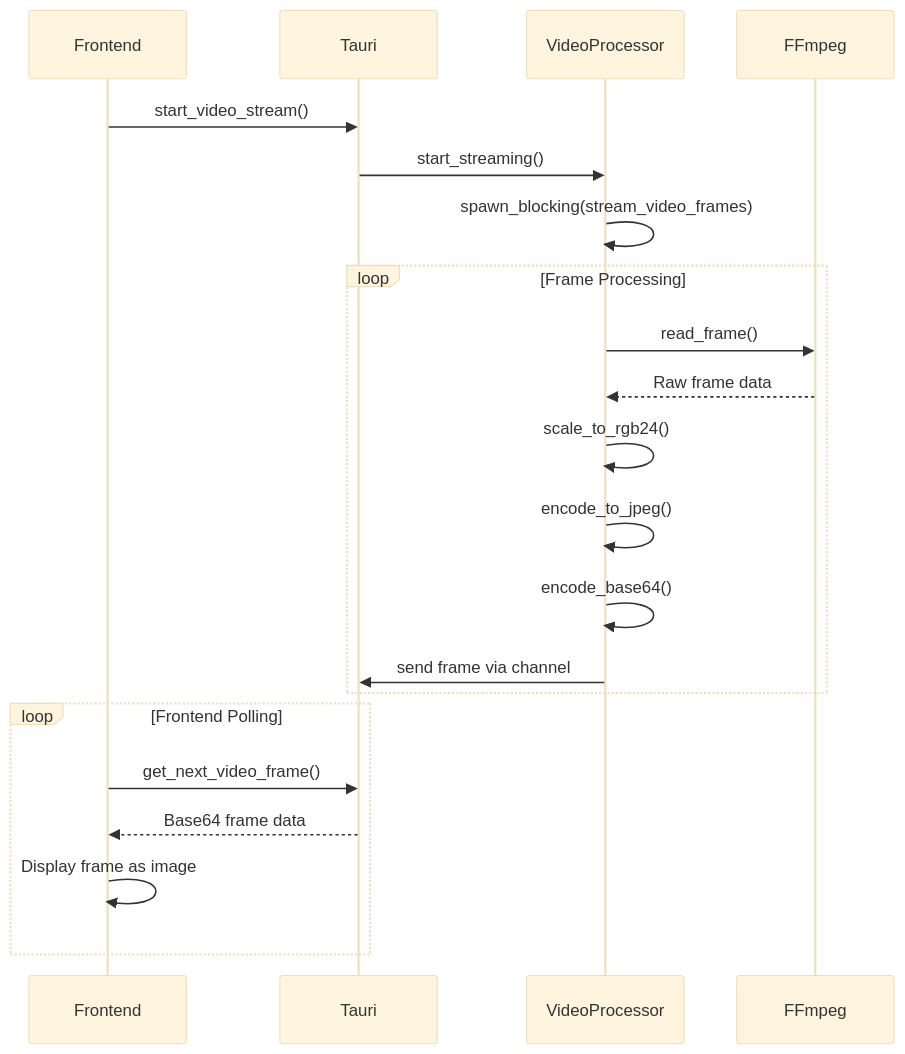
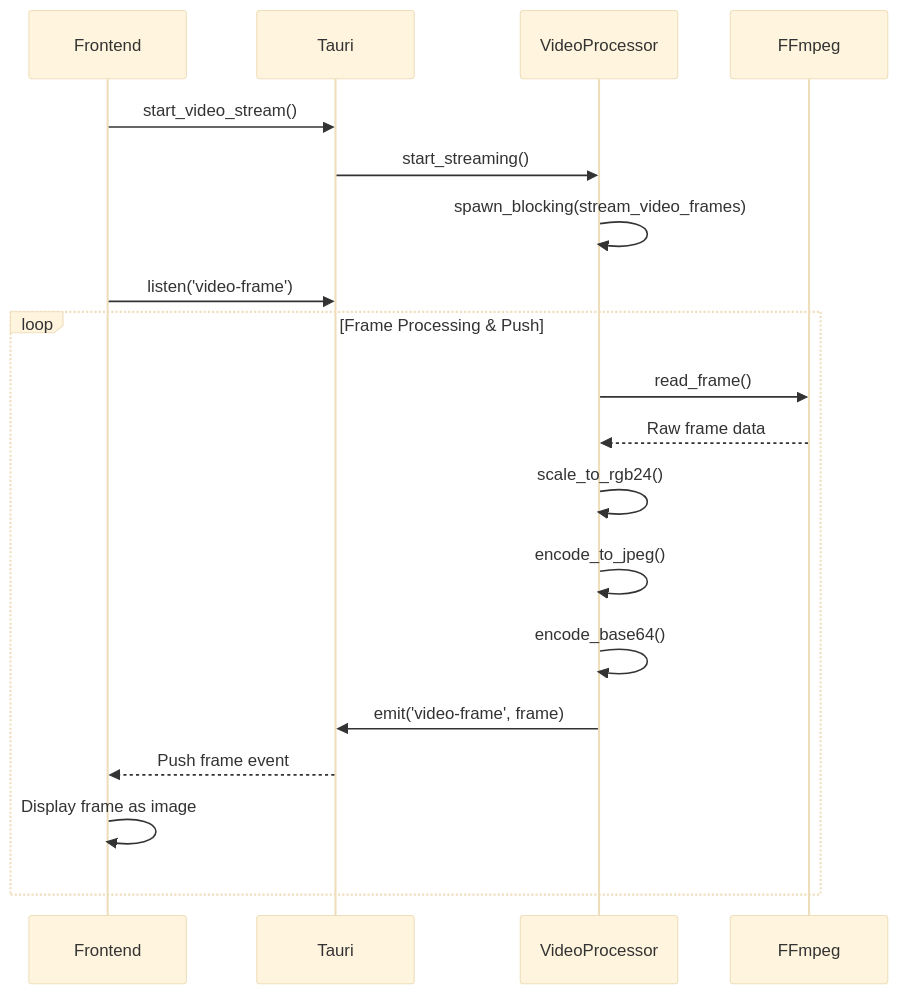
Before and after one commit to amitmtrn/camlooper-app: the third of 4 diagrams in CODE_FLOW_DOCUMENTATION.md, drawn with Mermaid (base theme). The commit also changed other lines of this file and 3 other files, not shown here.

Commit message:
Refactor video streaming to a push-based architecture. Updated documentation to reflect changes, eliminated polling for frame retrieval, and implemented event-driven frame delivery in both frontend and backend. Enhanced video processor initialization for event emission.

````diff
--- a/CODE_FLOW_DOCUMENTATION.md
+++ b/CODE_FLOW_DOCUMENTATION.md
@@ -121,26 +121,23 @@
 ```mermaid
 sequenceDiagram
     participant F as Frontend
     participant T as Tauri
     participant VP as VideoProcessor
     participant FF as FFmpeg
     
     F->>T: start_video_stream()
     T->>VP: start_streaming()
     VP->>VP: spawn_blocking(stream_video_frames)
+    F->>T: listen('video-frame')
     
-    loop Frame Processing
+    loop Frame Processing & Push
         VP->>FF: read_frame()
         FF-->>VP: Raw frame data
         VP->>VP: scale_to_rgb24()
         VP->>VP: encode_to_jpeg()
         VP->>VP: encode_base64()
-        VP->>T: send frame via channel
-    end
-    
-    loop Frontend Polling
-        F->>T: get_next_video_frame()
-        T-->>F: Base64 frame data
+        VP->>T: emit('video-frame', frame)
+        T-->>F: Push frame event
         F->>F: Display frame as image
     end
 ```
````
